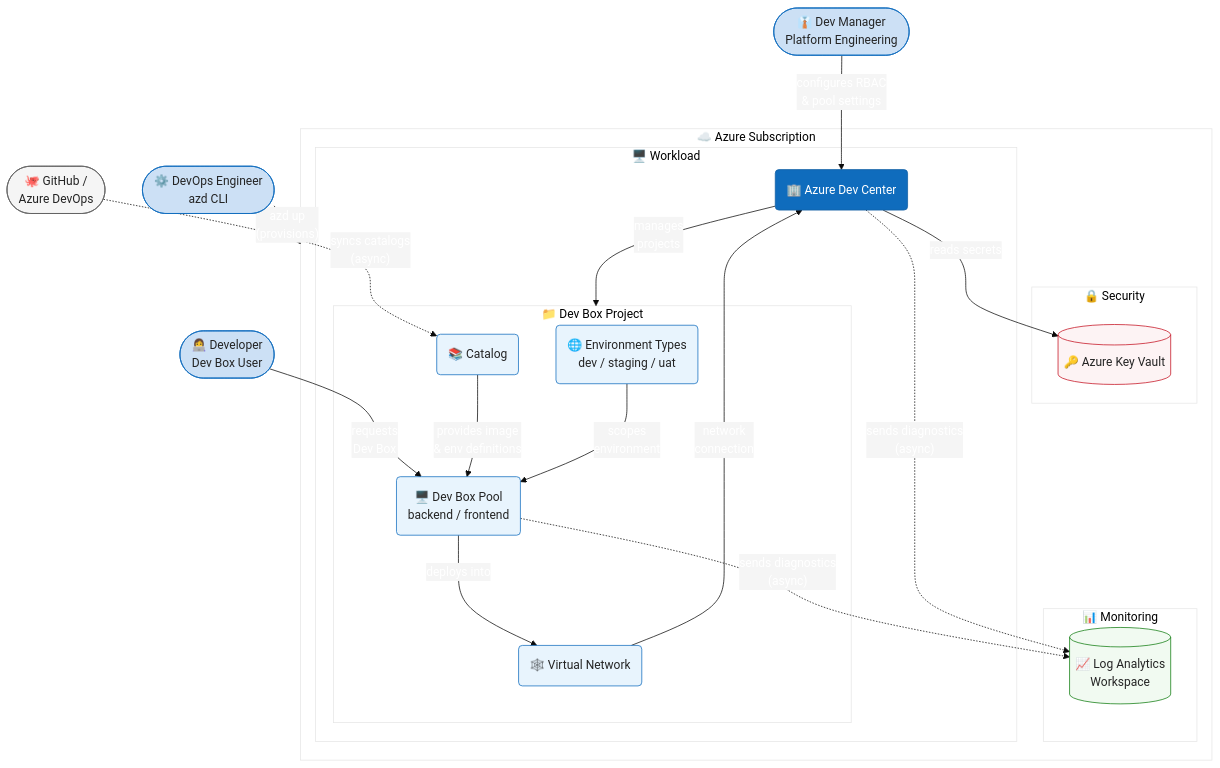
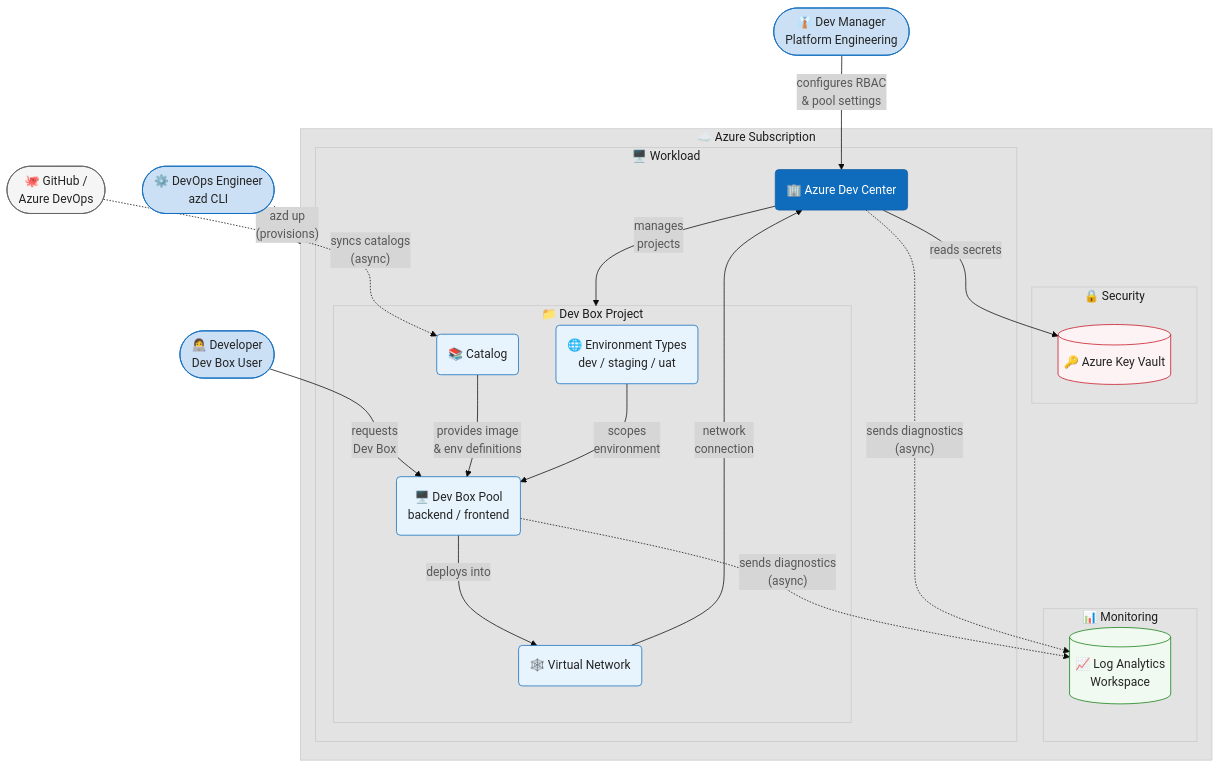
The diagram in README.md (Evilazaro/DevExp-DevBox), drawn with Mermaid before and after one commit.

Commit message:
Update theme colors in README.md for improved visual consistency

````diff
--- a/README.md
+++ b/README.md
@@ -61,74 +61,74 @@
 ```mermaid
 ---
 config:
   description: "High-level architecture diagram showing actors, primary flows, and major components."
   theme: base
   themeVariables:
     textColor: "#242424"
-    primaryColor: "#f5f5f5"
-    primaryTextColor: "#FFFFFF"
-    primaryBorderColor: "#e0e0e0"
+    primaryColor: "#d6d6d6"
+    primaryTextColor: "#575757"
+    primaryBorderColor: "#ebebeb"
 ---
 flowchart TB
 
   %% ── Actors ────────────────────────────────────────────────────────────────
   DevManager(["👔 Dev Manager<br/>Platform Engineering"])
   Developer(["👩‍💻 Developer<br/>Dev Box User"])
   DevOps(["⚙️ DevOps Engineer<br/>azd CLI"])
 
   %% ── External Systems ──────────────────────────────────────────────────────
   GitHub(["🐙 GitHub /<br/>Azure DevOps"])
 
   %% ── Azure Subscription ────────────────────────────────────────────────────
   subgraph SUB["☁️ Azure Subscription"]
 
     subgraph MON["📊 Monitoring"]
       LogAnalytics[("📈 Log Analytics<br/>Workspace")]
     end
 
     subgraph SEC["🔒 Security"]
       KeyVault[("🔑 Azure Key Vault")]
     end
 
     subgraph WKL["🖥️ Workload"]
       DevCenter("🏢 Azure Dev Center")
 
       subgraph PROJ["📁 Dev Box Project"]
         Catalog("📚 Catalog")
         EnvType("🌐 Environment Types<br/>dev / staging / uat")
         Pool("🖥️ Dev Box Pool<br/>backend / frontend")
         VNet("🕸️ Virtual Network")
       end
     end
 
   end
 
   %% ── Interactions ──────────────────────────────────────────────────────────
   DevOps -- "azd up<br/>(provisions)" --> SUB
   DevManager -- "configures RBAC<br/>& pool settings" --> DevCenter
   Developer -- "requests<br/>Dev Box" --> Pool
   DevCenter -- "manages<br/>projects" --> PROJ
   GitHub -. "syncs catalogs<br/>(async)" .-> Catalog
   Catalog -- "provides image<br/>& env definitions" --> Pool
   EnvType -- "scopes<br/>environment" --> Pool
   Pool -- "deploys into" --> VNet
   VNet -- "network<br/>connection" --> DevCenter
   DevCenter -- "reads secrets" --> KeyVault
   DevCenter -. "sends diagnostics<br/>(async)" .-> LogAnalytics
   Pool -. "sends diagnostics<br/>(async)" .-> LogAnalytics
 
   %% ── Styles ────────────────────────────────────────────────────────────────
   classDef actor fill:#cce0f5,stroke:#0f6cbd,color:#242424
   classDef component fill:#0f6cbd,stroke:#115ea3,color:#ffffff
   classDef security fill:#fdf3f4,stroke:#c50f1f,color:#242424
   classDef monitoring fill:#f1faf1,stroke:#107c10,color:#242424
   classDef external fill:#f5f5f5,stroke:#616161,color:#242424
   classDef inner fill:#e8f4fd,stroke:#0f6cbd,color:#242424
 
   class DevManager,Developer,DevOps actor
   class DevCenter component
   class KeyVault security
   class LogAnalytics monitoring
   class GitHub external
   class Catalog,EnvType,Pool,VNet inner
 ```
````
